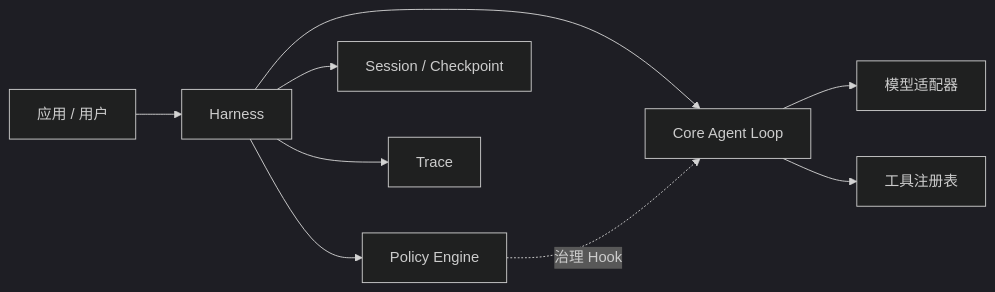
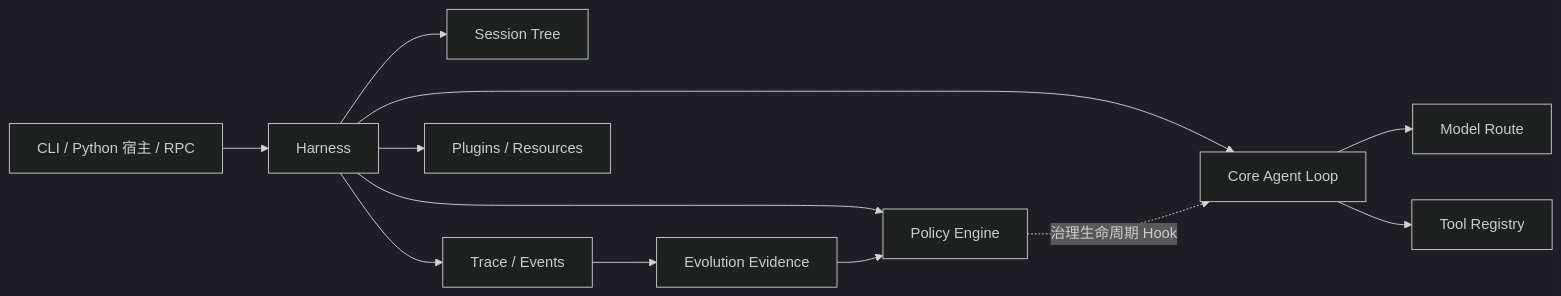
Before and after one commit to WeiSuanDi/EvoPi: the diagram in README.zh-CN.md, drawn with Mermaid (dark theme). The commit also changed other lines of this file and 6 other files, not shown here.

````diff
--- a/README.zh-CN.md
+++ b/README.zh-CN.md
@@ -24,11 +51,14 @@
 ```mermaid
 flowchart LR
-    U["应用 / 用户"] --> H["Harness"]
+    U["CLI / Python 宿主 / RPC"] --> H["Harness"]
     H --> C["Core Agent Loop"]
-    C --> M["模型适配器"]
-    C --> T["工具注册表"]
+    C --> M["Model Route"]
+    C --> T["Tool Registry"]
     H --> P["Policy Engine"]
-    H --> S["Session / Checkpoint"]
-    H --> X["Trace"]
-    P -. "治理 Hook" .-> C
+    H --> S["Session Tree"]
+    H --> X["Trace / Events"]
+    H --> G["Plugins / Resources"]
+    X --> E["Evolution Evidence"]
+    E --> P
+    P -. "治理生命周期 Hook" .-> C
 ```
````
